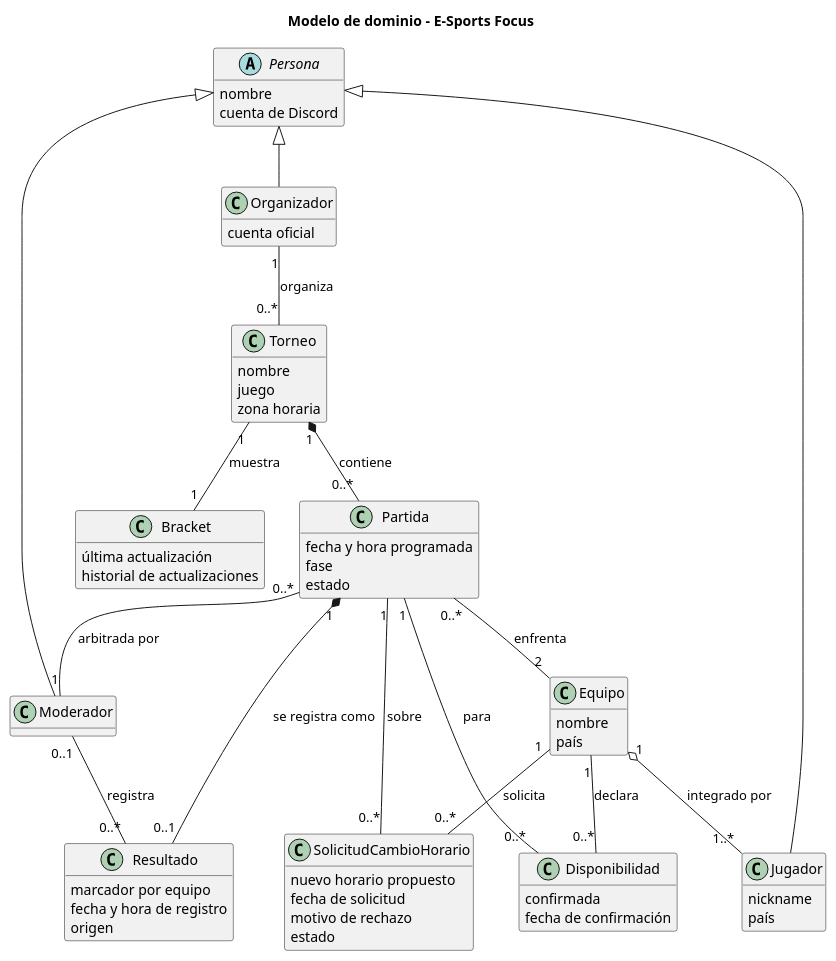
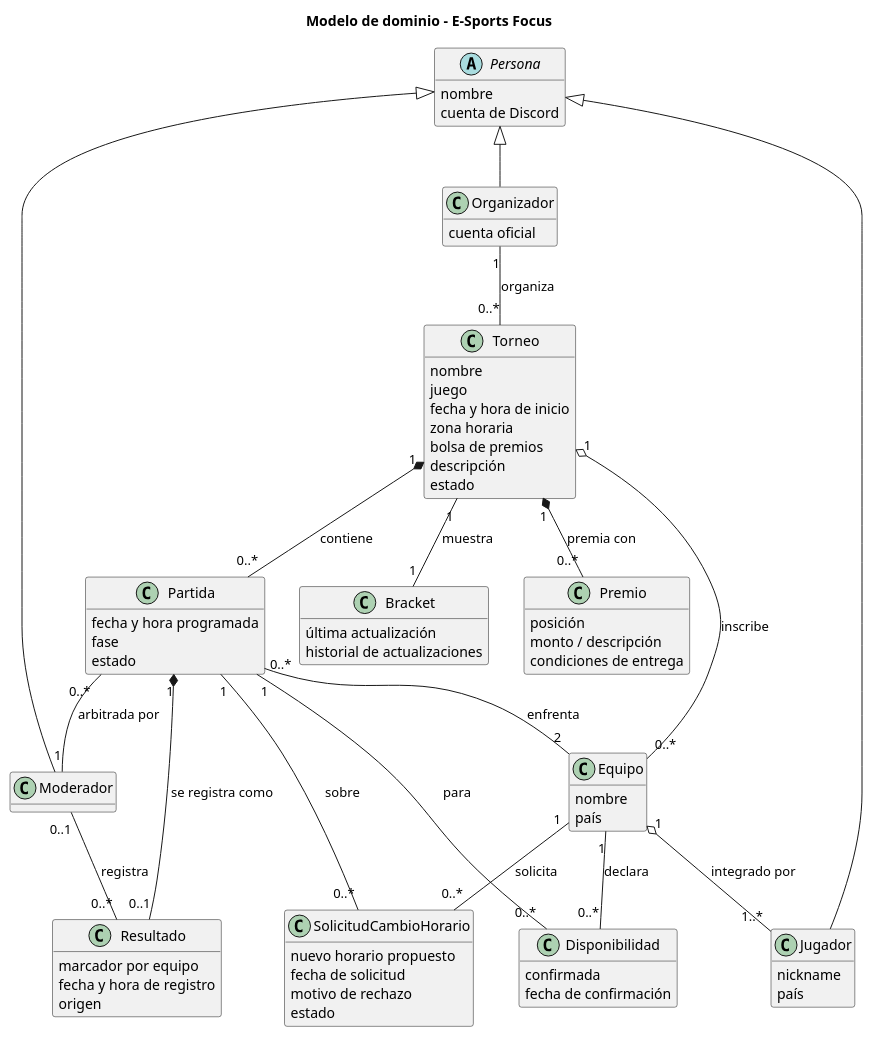
One commit to E-SportsFocus/Organizacion_de_torneos changed the diagram in diagramas/modelo-dominio.puml. Above: the diagram before and after it, drawn with PlantUML. The commit also changed 24 other files, not shown here.

Commit message:
docs: archivar cambio OpenSpec HU-09, actualizar diagramas PlantUML y regenerar todos los artefactos PNG

```diff
--- a/diagramas/modelo-dominio.puml
+++ b/diagramas/modelo-dominio.puml
@@ -1,77 +1,89 @@
 @startuml modelo-dominio
 title Modelo de dominio - E-Sports Focus
 hide methods
 
 abstract class Persona {
   nombre
   cuenta de Discord
 }
 
 class Jugador {
   nickname
   país
 }
 
 class Moderador
 
 class Organizador {
   cuenta oficial
 }
 
 class Torneo {
   nombre
   juego
+  fecha y hora de inicio
   zona horaria
+  bolsa de premios
+  descripción
+  estado
 }
 
 class Partida {
   fecha y hora programada
   fase
   estado
 }
 
 class Equipo {
   nombre
   país
 }
 
 class Resultado {
   marcador por equipo
   fecha y hora de registro
   origen
 }
 
 class Bracket {
   última actualización
   historial de actualizaciones
 }
 
 class Disponibilidad {
   confirmada
   fecha de confirmación
 }
 
 class SolicitudCambioHorario {
   nuevo horario propuesto
   fecha de solicitud
   motivo de rechazo
   estado
 }
 
+class Premio {
+  posición
+  monto / descripción
+  condiciones de entrega
+}
+
 Persona <|-- Jugador
 Persona <|-- Moderador
 Persona <|-- Organizador
 
 Organizador "1" -- "0..*" Torneo : organiza
 Torneo "1" *-- "0..*" Partida : contiene
 Torneo "1" -- "1" Bracket : muestra
+Torneo "1" *-- "0..*" Premio : premia con
+Torneo "1" o-- "0..*" Equipo : inscribe
 Partida "0..*" -- "2" Equipo : enfrenta
 Partida "0..*" -- "1" Moderador : arbitrada por
 Partida "1" *-- "0..1" Resultado : se registra como
 Moderador "0..1" -- "0..*" Resultado : registra
 Equipo "1" o-- "1..*" Jugador : integrado por
 Equipo "1" -- "0..*" Disponibilidad : declara
 Disponibilidad "0..*" -- "1" Partida : para
 Equipo "1" -down- "0..*" SolicitudCambioHorario : solicita
 Partida "1" -right- "0..*" SolicitudCambioHorario : sobre
 @enduml
```
